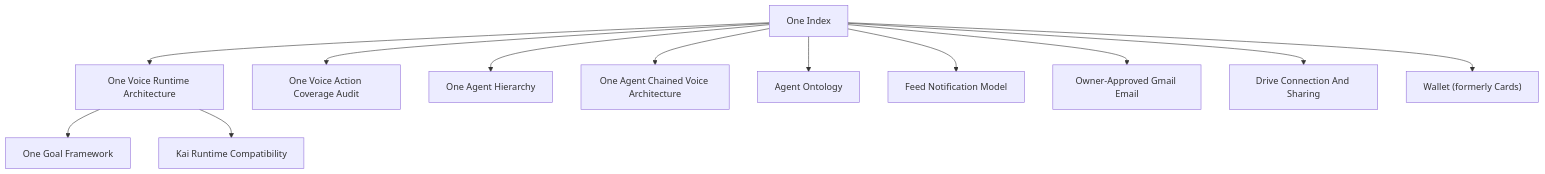
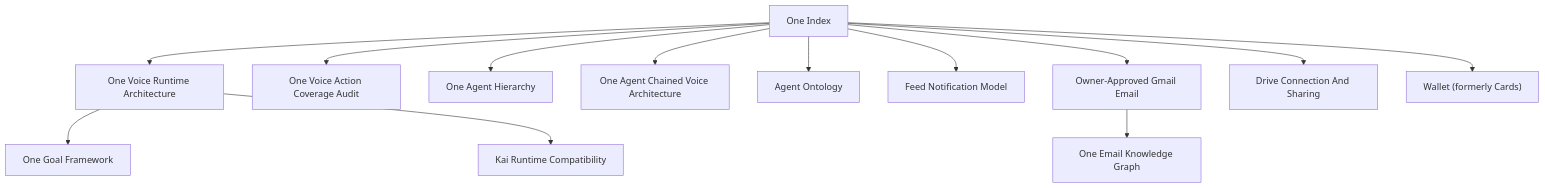
The diagram in docs/reference/one/README.md (JIJAU22/hushh-research), drawn with Mermaid before and after one commit. The commit also changed other lines of this file and 38 other files, not shown here.

Commit message:
fix: reconcile One Email outcomes and connector state

````diff
--- a/docs/reference/one/README.md
+++ b/docs/reference/one/README.md
@@ -5,27 +5,29 @@
 ```mermaid
 flowchart TD
   root["One Index"]
   voice["One Voice Runtime Architecture"]
   goal["One Goal Framework"]
   coverage["One Voice Action Coverage Audit"]
   hierarchy["One Agent Hierarchy"]
   chain["One Agent Chained Voice Architecture"]
   kai["Kai Runtime Compatibility"]
   ontology["Agent Ontology"]
   feed["Feed Notification Model"]
   gmail["Owner-Approved Gmail Email"]
+  emailGraph["One Email Knowledge Graph"]
   drive["Drive Connection And Sharing"]
   wallet["Wallet (formerly Cards)"]
 
   root --> voice
   voice --> goal
   root --> coverage
   root --> hierarchy
   root --> chain
   voice --> kai
   root --> ontology
   root --> feed
   root --> gmail
+  gmail --> emailGraph
   root --> drive
   root --> wallet
 ```
````
